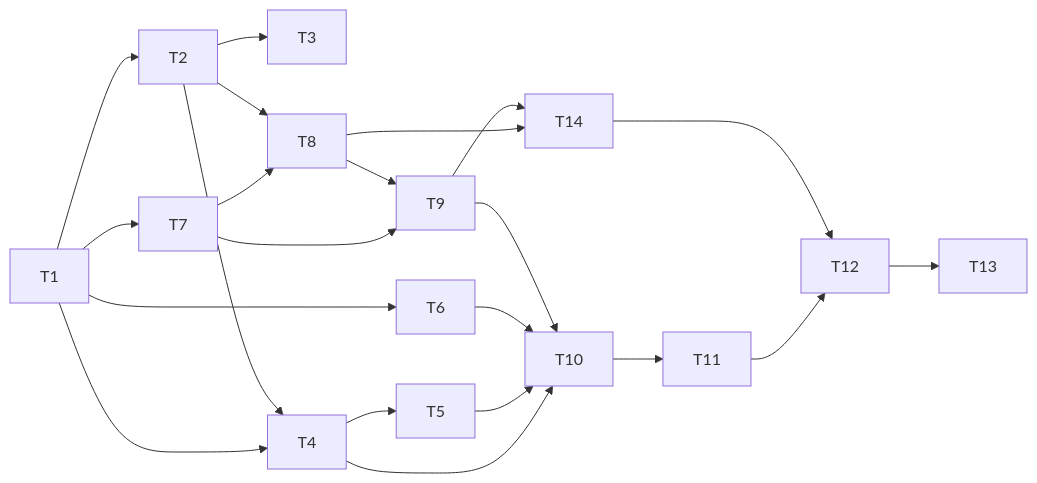
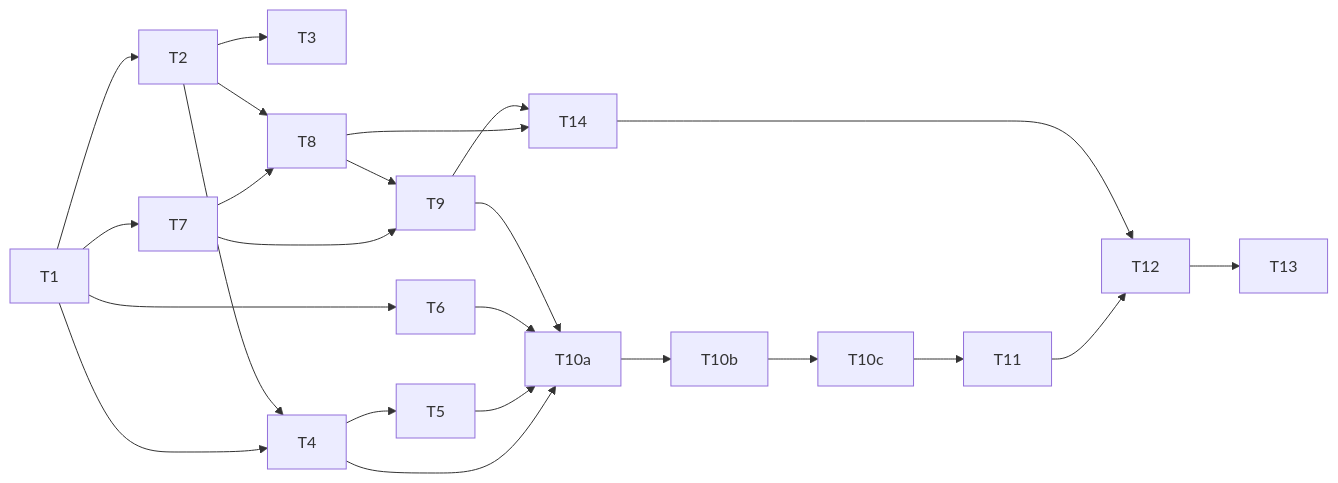
One commit to balazsvrg/solo-harness changed the diagram in specs/changes/1-bootstrap-template/tasks.md. Above: the diagram before and after it, drawn with Mermaid. The commit also changed other lines of this file and 11 other files, not shown here.

````diff
--- a/specs/changes/1-bootstrap-template/tasks.md
+++ b/specs/changes/1-bootstrap-template/tasks.md
@@ -5,17 +5,17 @@
 ```mermaid
 flowchart LR
   T1 --> T2 --> T3
   T1 --> T4
   T2 --> T4 --> T5
   T1 --> T6
   T1 --> T7 --> T8
   T2 --> T8
   T7 --> T9
   T8 --> T9
-  T4 --> T10
-  T5 --> T10
-  T6 --> T10
-  T9 --> T10 --> T11 --> T12 --> T13
+  T4 --> T10a
+  T5 --> T10a
+  T6 --> T10a
+  T9 --> T10a --> T10b --> T10c --> T11 --> T12 --> T13
   T8 --> T14
   T9 --> T14 --> T12
 ```
````
